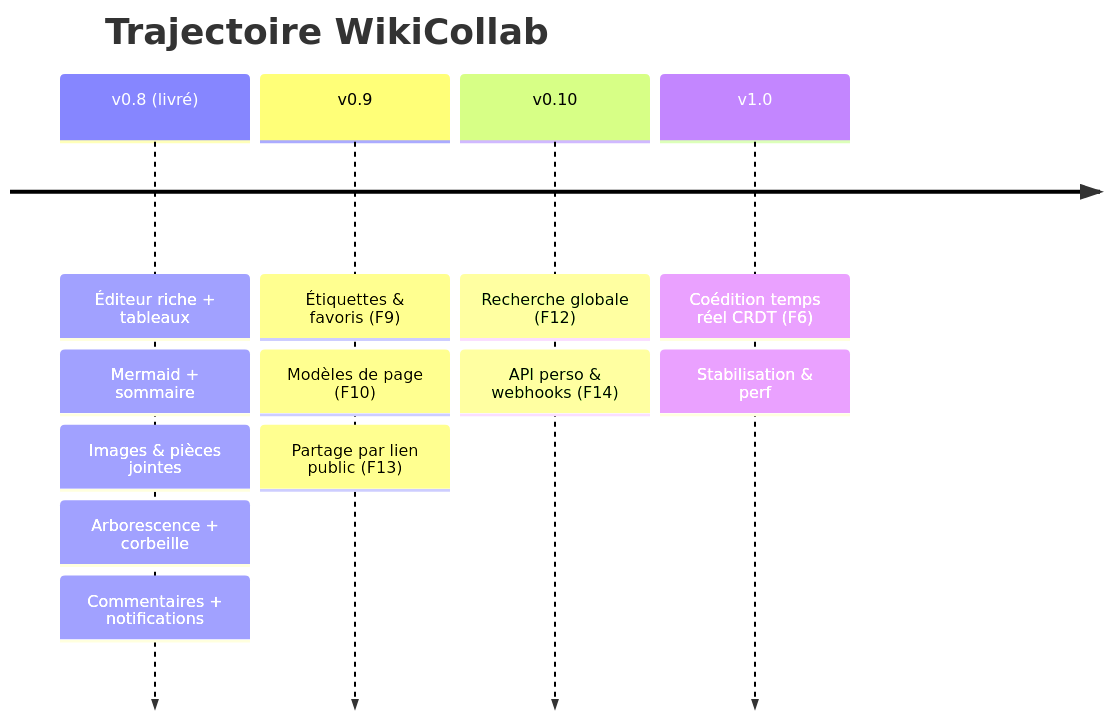
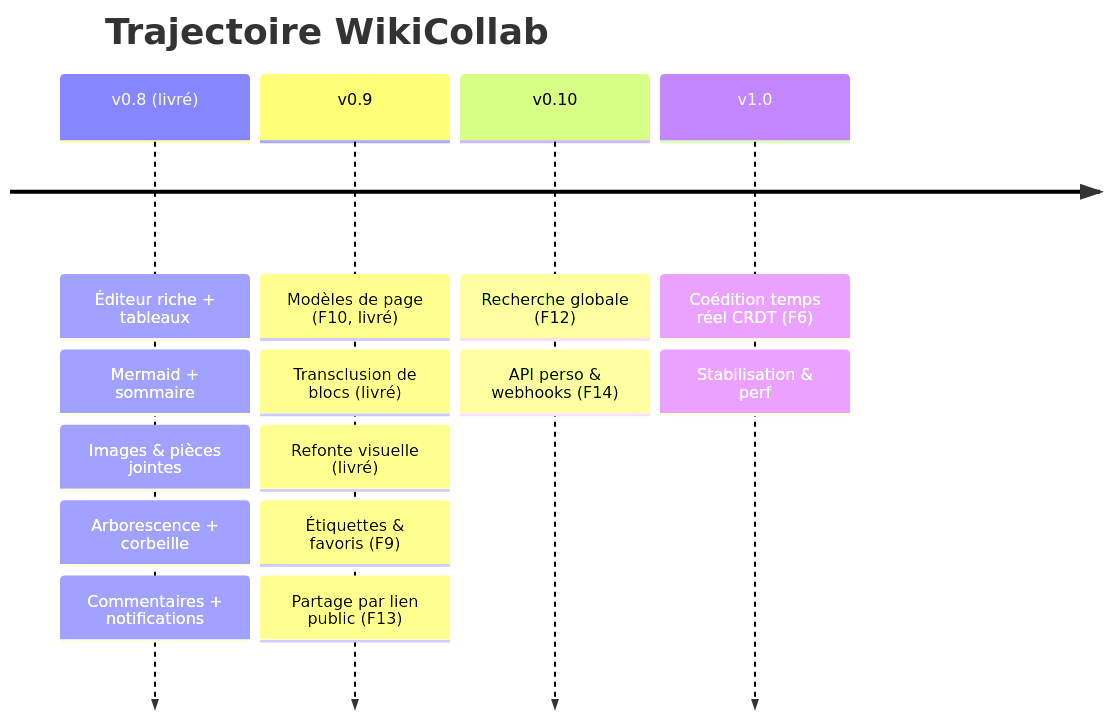
One commit to Herve-EZ/wiki changed the first of 2 diagrams in docs/roadmap/ROADMAP.md. Above: the diagram before and after it, drawn with Mermaid. The commit also changed other lines of this file and 41 other files, not shown here.

````diff
--- a/docs/roadmap/ROADMAP.md
+++ b/docs/roadmap/ROADMAP.md
@@ -23,8 +23,8 @@
 ```mermaid
 timeline
     title Trajectoire WikiCollab
     v0.8 (livré) : Éditeur riche + tableaux : Mermaid + sommaire : Images & pièces jointes : Arborescence + corbeille : Commentaires + notifications
-    v0.9 : Étiquettes & favoris (F9) : Modèles de page (F10) : Partage par lien public (F13)
+    v0.9 : Modèles de page (F10, livré) : Transclusion de blocs (livré) : Refonte visuelle (livré) : Étiquettes & favoris (F9) : Partage par lien public (F13)
     v0.10 : Recherche globale (F12) : API perso & webhooks (F14)
     v1.0 : Coédition temps réel CRDT (F6) : Stabilisation & perf
 ```
````
